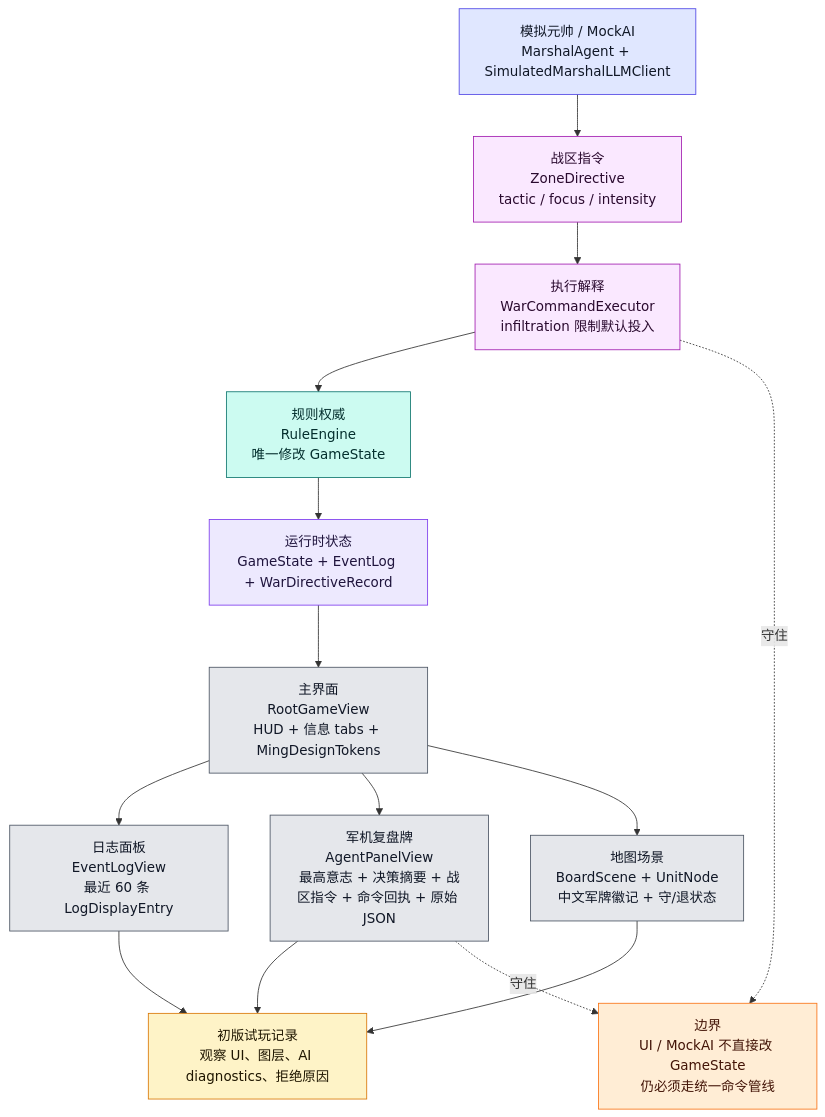
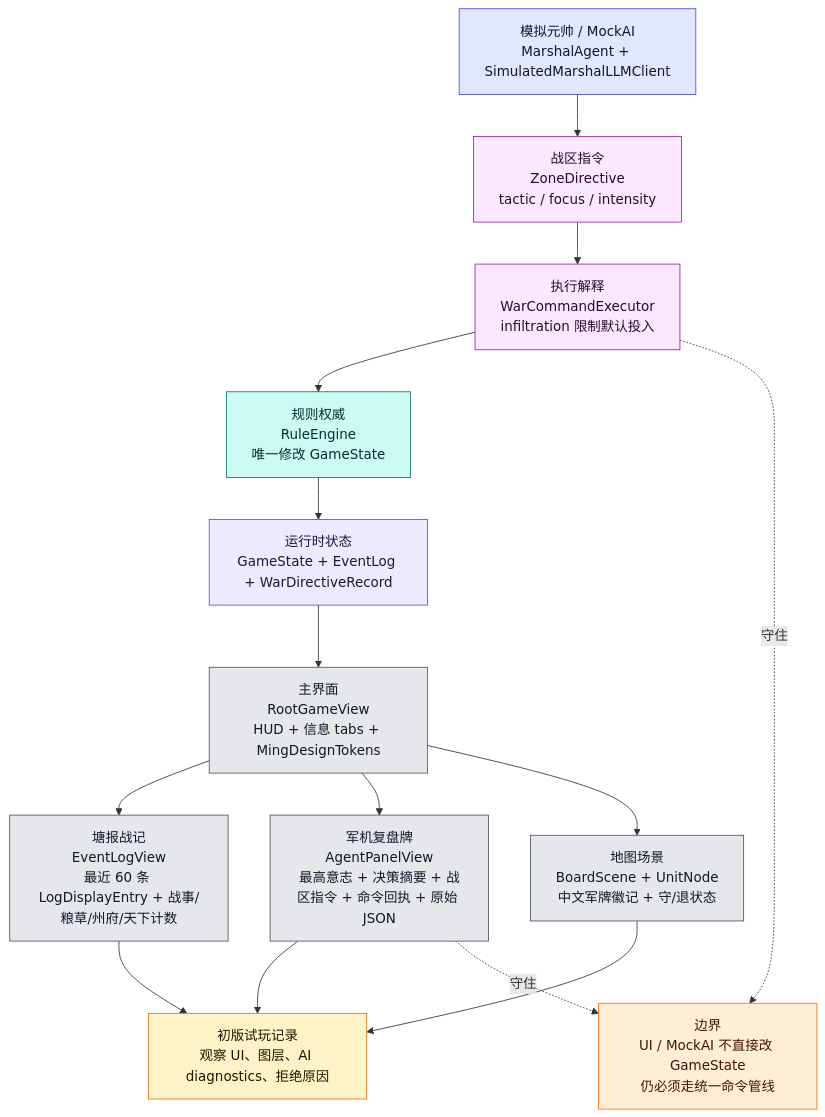
One commit to Altman-sam114/123 changed the eighth of 9 diagrams in md/flow/flowchart.md. Above: the diagram before and after it, drawn with Mermaid. The commit also changed other lines of this file and 7 other files, not shown here.

Commit message:
feat(ming): polish event log

````diff
--- a/md/flow/flowchart.md
+++ b/md/flow/flowchart.md
@@ -450,34 +450,34 @@
 ```mermaid
 flowchart TD
     STATE["运行时状态<br/>GameState + EventLog + WarDirectiveRecord"]:::state
     ROOT["主界面<br/>RootGameView<br/>HUD + 信息 tabs + MingDesignTokens"]:::ui
-    LOG["日志面板<br/>EventLogView<br/>最近 60 条 LogDisplayEntry"]:::ui
+    LOG["塘报战记<br/>EventLogView<br/>最近 60 条 LogDisplayEntry + 战事/粮草/州府/天下计数"]:::ui
     AIUI["军机复盘牌<br/>AgentPanelView<br/>最高意志 + 决策摘要 + 战区指令 + 命令回执 + 原始 JSON"]:::ui
     BOARD["地图场景<br/>BoardScene + UnitNode<br/>中文军牌徽记 + 守/退状态"]:::ui
     MARSHAL["模拟元帅 / MockAI<br/>MarshalAgent + SimulatedMarshalLLMClient"]:::ai
     ZD["战区指令<br/>ZoneDirective<br/>tactic / focus / intensity"]:::command
     WCE["执行解释<br/>WarCommandExecutor<br/>infiltration 限制默认投入"]:::command
     RULE["规则权威<br/>RuleEngine<br/>唯一修改 GameState"]:::rules
     PLAYTEST["初版试玩记录<br/>观察 UI、图层、AI diagnostics、拒绝原因"]:::doc
 
     STATE --> ROOT
     ROOT --> LOG
     ROOT --> AIUI
     ROOT --> BOARD
     MARSHAL --> ZD --> WCE --> RULE --> STATE
     AIUI --> PLAYTEST
     LOG --> PLAYTEST
     BOARD --> PLAYTEST
 
     WARN["边界<br/>UI / MockAI 不直接改 GameState<br/>仍必须走统一命令管线"]:::warn
     AIUI -.守住.-> WARN
     WCE -.守住.-> WARN
 
     classDef state fill:#ede9fe,stroke:#7c3aed,color:#1f143d
     classDef ui fill:#e5e7eb,stroke:#4b5563,color:#111827
     classDef ai fill:#e0e7ff,stroke:#4f46e5,color:#111827
     classDef command fill:#fae8ff,stroke:#a21caf,color:#2a0a2f
     classDef rules fill:#ccfbf1,stroke:#0f766e,color:#042f2e
     classDef doc fill:#fef3c7,stroke:#d97706,color:#1f1600
     classDef warn fill:#ffedd5,stroke:#f97316,color:#431407
 ```
````
